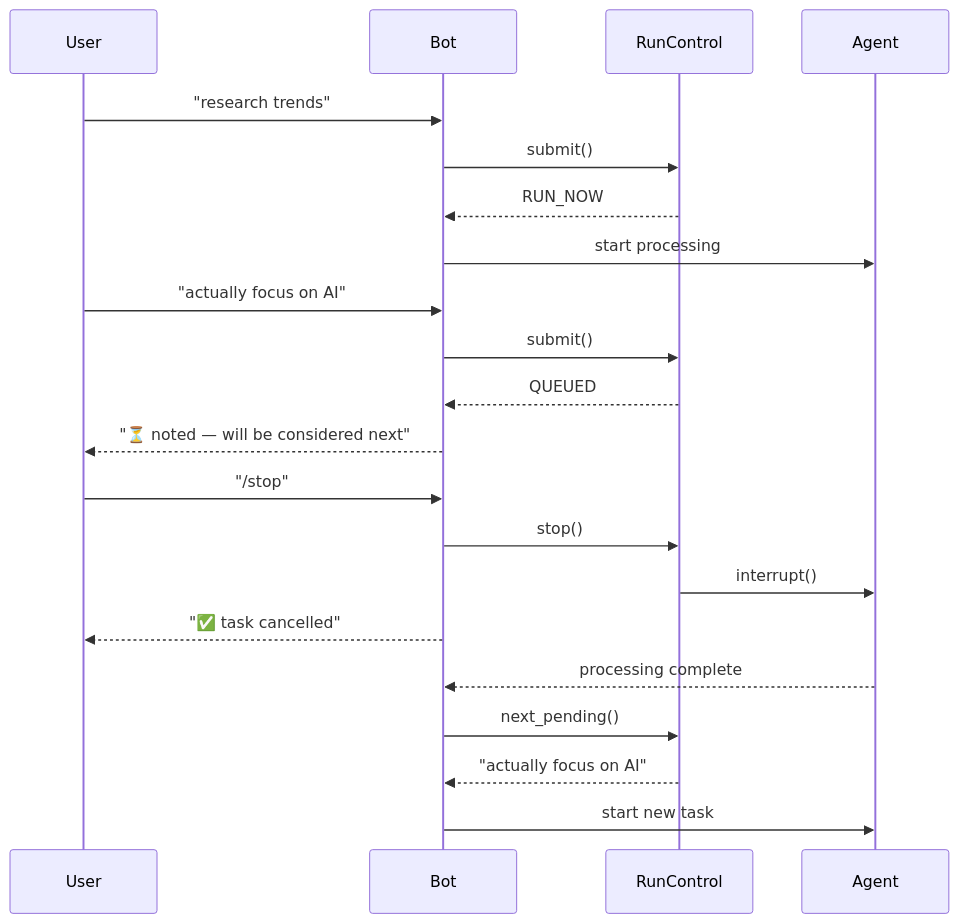
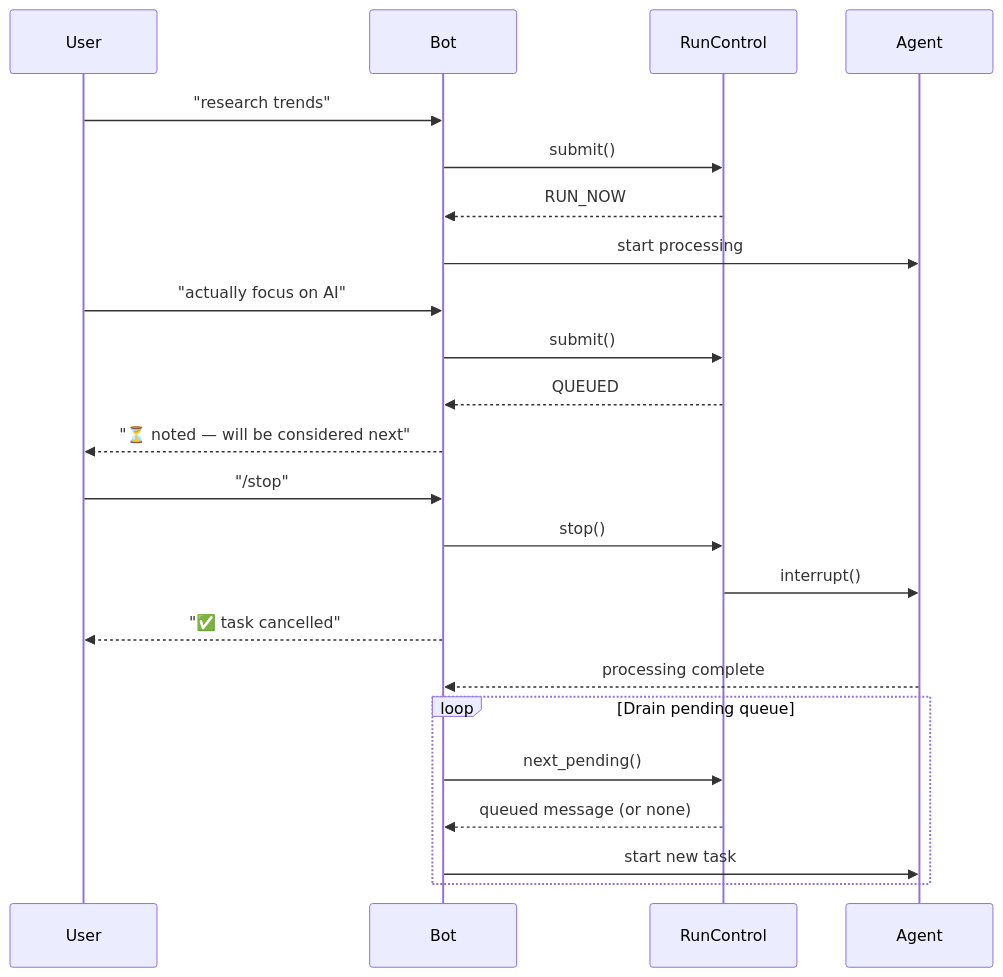
One commit to MervinPraison/PraisonAIDocs changed the second of 3 diagrams in docs/features/bot-run-control.mdx. Above: the diagram before and after it, drawn with Mermaid. The commit also changed other lines of this file and 3 other files, not shown here.

````diff
--- a/docs/features/bot-run-control.mdx
+++ b/docs/features/bot-run-control.mdx
@@ -59,27 +63,29 @@
 ```mermaid
 sequenceDiagram
     participant User
     participant Bot
     participant RunControl
     participant Agent
     
     User->>Bot: "research trends"
     Bot->>RunControl: submit()
     RunControl-->>Bot: RUN_NOW
     Bot->>Agent: start processing
     
     User->>Bot: "actually focus on AI"
     Bot->>RunControl: submit()
     RunControl-->>Bot: QUEUED
     Bot-->>User: "⏳ noted — will be considered next"
     
     User->>Bot: "/stop"
     Bot->>RunControl: stop()
     RunControl->>Agent: interrupt()
     Bot-->>User: "✅ task cancelled"
     
     Agent-->>Bot: processing complete
-    Bot->>RunControl: next_pending()
-    RunControl-->>Bot: "actually focus on AI"
-    Bot->>Agent: start new task
+    loop Drain pending queue
+        Bot->>RunControl: next_pending()
+        RunControl-->>Bot: queued message (or none)
+        Bot->>Agent: start new task
+    end
 ```
````
